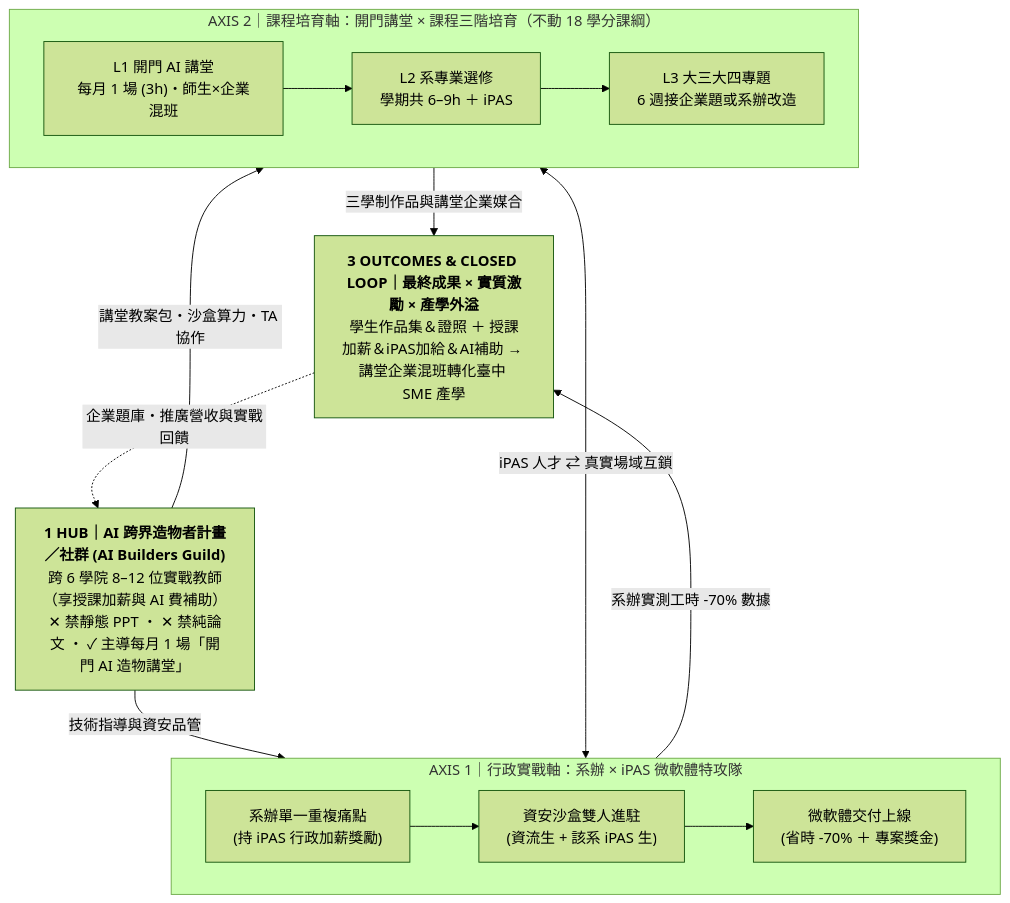
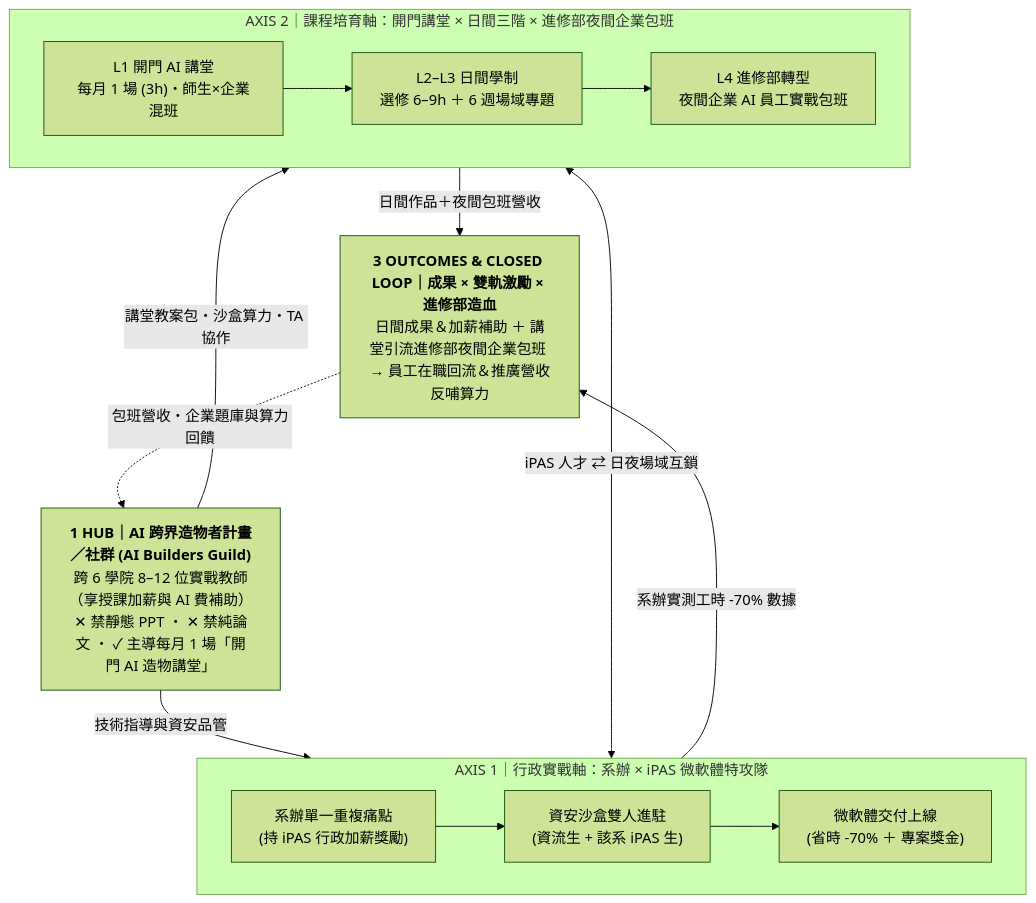
The first of 4 diagrams in README.md (nutcelvischen-jpg/nutc-ai-open-door), drawn with Mermaid (forest theme) before and after one commit. The commit also changed other lines of this file and 3 other files, not shown here.

````diff
--- a/README.md
+++ b/README.md
@@ -13,24 +13,24 @@
 ```mermaid
 flowchart TB
     HUB["<b>1 HUB｜AI 跨界造物者計畫／社群 (AI Builders Guild)</b><br/>跨 6 學院 8–12 位實戰教師（享授課加薪與 AI 費補助）<br/>✕ 禁靜態 PPT ・ ✕ 禁純論文 ・ ✓ 主導每月 1 場「開門 AI 造物講堂」"]
 
     HUB -->|"技術指導與資安品管"| A1
     HUB -->|"講堂教案包・沙盒算力・TA 協作"| A2
 
     subgraph A1["AXIS 1｜行政實戰軸：系辦 × iPAS 微軟體特攻隊"]
         direction LR
         P1["系辦單一重複痛點<br/>(持 iPAS 行政加薪獎勵)"] --> P2["資安沙盒雙人進駐<br/>(資流生 + 該系 iPAS 生)"] --> P3["微軟體交付上線<br/>(省時 -70% ＋ 專案獎金)"]
     end
 
-    subgraph A2["AXIS 2｜課程培育軸：開門講堂 × 課程三階培育（不動 18 學分課綱）"]
+    subgraph A2["AXIS 2｜課程培育軸：開門講堂 × 日間三階 × 進修部夜間企業包班"]
         direction LR
-        L1["L1 開門 AI 講堂<br/>每月 1 場 (3h)・師生×企業混班"] --> L2["L2 系專業選修<br/>學期共 6–9h ＋ iPAS"] --> L3["L3 大三大四專題<br/>6 週接企業題或系辦改造"]
+        L1["L1 開門 AI 講堂<br/>每月 1 場 (3h)・師生×企業混班"] --> L2["L2–L3 日間學制<br/>選修 6–9h ＋ 6 週場域專題"] --> L4["L4 進修部轉型<br/>夜間企業 AI 員工實戰包班"]
     end
 
-    A1 <-->|"iPAS 人才 ⇄ 真實場域互鎖"| A2
+    A1 <-->|"iPAS 人才 ⇄ 日夜場域互鎖"| A2
     A1 -->|"系辦實測工時 -70% 數據"| LOOP
-    A2 -->|"三學制作品與講堂企業媒合"| LOOP
+    A2 -->|"日間作品＋夜間包班營收"| LOOP
 
-    LOOP["<b>3 OUTCOMES & CLOSED LOOP｜最終成果 × 實質激勵 × 產學外溢</b><br/>學生作品集＆證照 ＋ 授課加薪＆iPAS加給＆AI補助 → 講堂企業混班轉化臺中 SME 產學"]
-    LOOP -.->|"企業題庫・推廣營收與實戰回饋"| HUB
+    LOOP["<b>3 OUTCOMES & CLOSED LOOP｜成果 × 雙軌激勵 × 進修部造血</b><br/>日間成果＆加薪補助 ＋ 講堂引流進修部夜間企業包班 → 員工在職回流＆推廣營收反哺算力"]
+    LOOP -.->|"包班營收・企業題庫與算力回饋"| HUB
 ```
````
